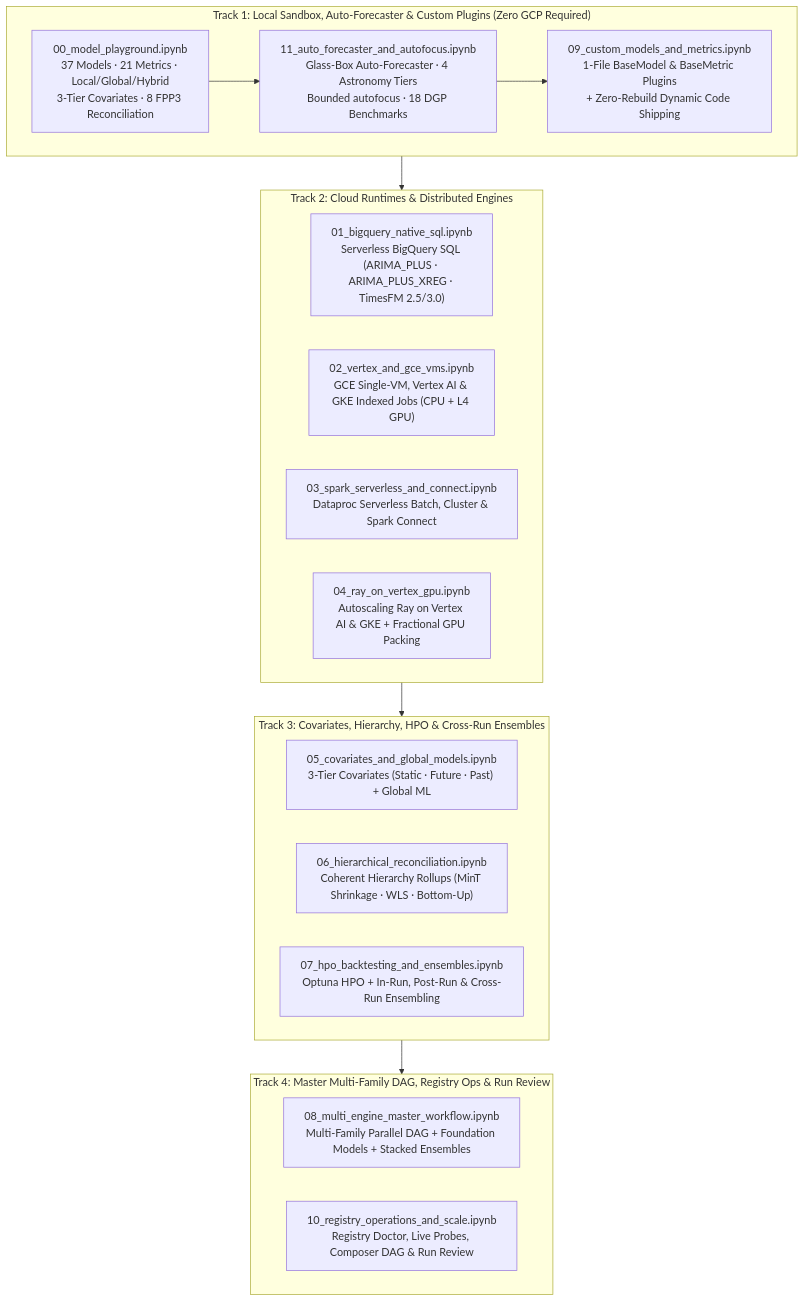
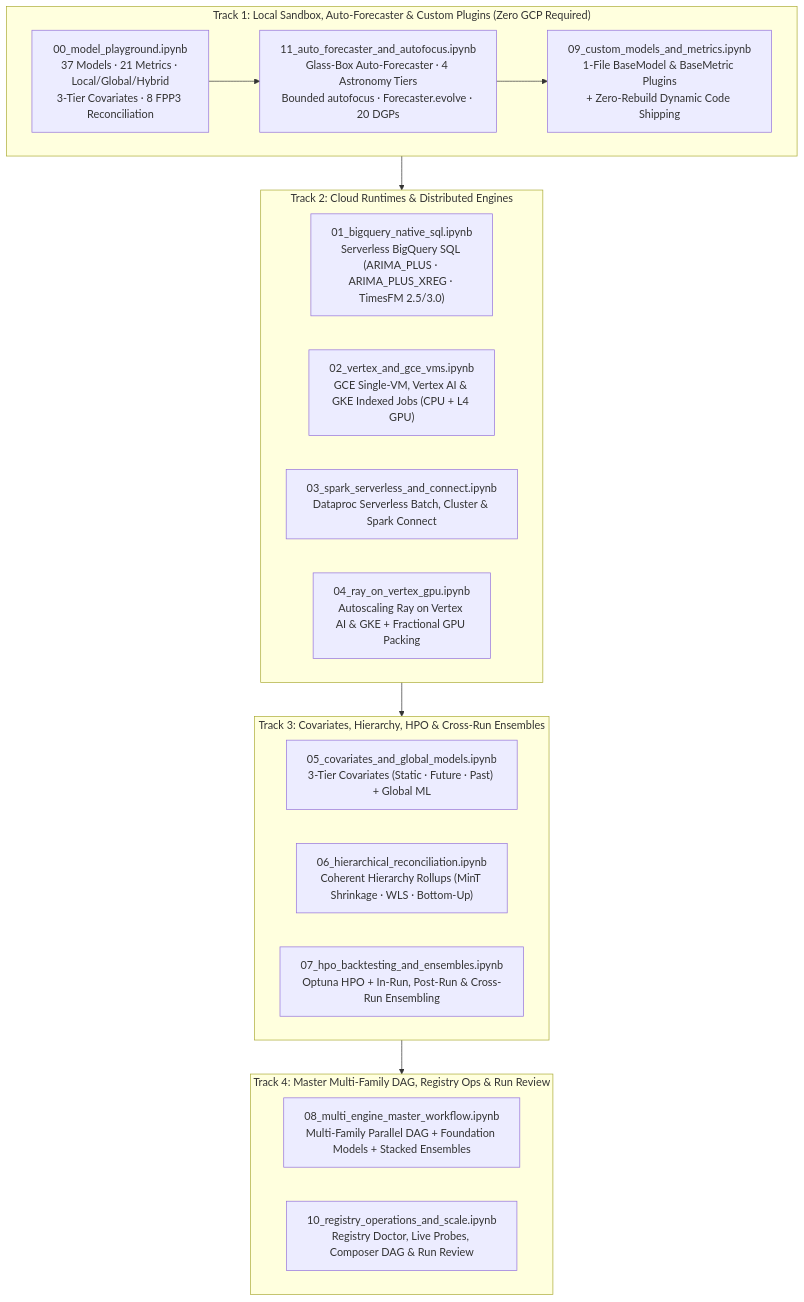
The diagram in notebooks/README.md (statmike/scale-forecasting), drawn with Mermaid before and after one commit. The commit also changed other lines of this file and 3 other files, not shown here.

Commit message:
docs(notebooks): add Act 6 Forecaster.evolve showcase to notebook 11 and update notebook 07 (#34)

````diff
--- a/notebooks/README.md
+++ b/notebooks/README.md
@@ -8,29 +8,29 @@
 ```mermaid
 flowchart TD
     subgraph Track1["Track 1: Local Sandbox, Auto-Forecaster & Custom Plugins (Zero GCP Required)"]
         NB00["00_model_playground.ipynb<br/>37 Models · 21 Metrics · Local/Global/Hybrid<br/>3-Tier Covariates · 8 FPP3 Reconciliation"]
-        NB11["11_auto_forecaster_and_autofocus.ipynb<br/>Glass-Box Auto-Forecaster · 4 Astronomy Tiers<br/>Bounded autofocus · 18 DGP Benchmarks"]
+        NB11["11_auto_forecaster_and_autofocus.ipynb<br/>Glass-Box Auto-Forecaster · 4 Astronomy Tiers<br/>Bounded autofocus · Forecaster.evolve · 20 DGPs"]
         NB09["09_custom_models_and_metrics.ipynb<br/>1-File BaseModel & BaseMetric Plugins<br/>+ Zero-Rebuild Dynamic Code Shipping"]
     end
 
     subgraph Track2["Track 2: Cloud Runtimes & Distributed Engines"]
         NB01["01_bigquery_native_sql.ipynb<br/>Serverless BigQuery SQL (ARIMA_PLUS · ARIMA_PLUS_XREG · TimesFM 2.5/3.0)"]
         NB02["02_vertex_and_gce_vms.ipynb<br/>GCE Single-VM, Vertex AI & GKE Indexed Jobs (CPU + L4 GPU)"]
         NB03["03_spark_serverless_and_connect.ipynb<br/>Dataproc Serverless Batch, Cluster & Spark Connect"]
         NB04["04_ray_on_vertex_gpu.ipynb<br/>Autoscaling Ray on Vertex AI & GKE + Fractional GPU Packing"]
     end
 
     subgraph Track3["Track 3: Covariates, Hierarchy, HPO & Cross-Run Ensembles"]
         NB05["05_covariates_and_global_models.ipynb<br/>3-Tier Covariates (Static · Future · Past) + Global ML"]
         NB06["06_hierarchical_reconciliation.ipynb<br/>Coherent Hierarchy Rollups (MinT Shrinkage · WLS · Bottom-Up)"]
         NB07["07_hpo_backtesting_and_ensembles.ipynb<br/>Optuna HPO + In-Run, Post-Run & Cross-Run Ensembling"]
     end
 
     subgraph Track4["Track 4: Master Multi-Family DAG, Registry Ops & Run Review"]
         NB08["08_multi_engine_master_workflow.ipynb<br/>Multi-Family Parallel DAG + Foundation Models + Stacked Ensembles"]
         NB10["10_registry_operations_and_scale.ipynb<br/>Registry Doctor, Live Probes, Composer DAG & Run Review"]
     end
 
     NB00 --> NB11 --> NB09
     Track1 --> Track2 --> Track3 --> Track4
 ```
````
